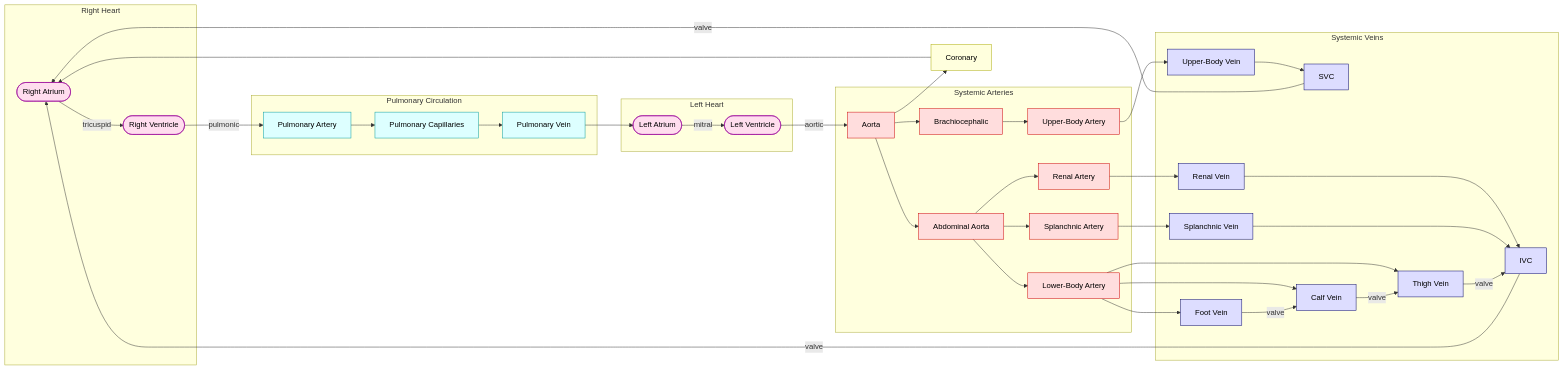
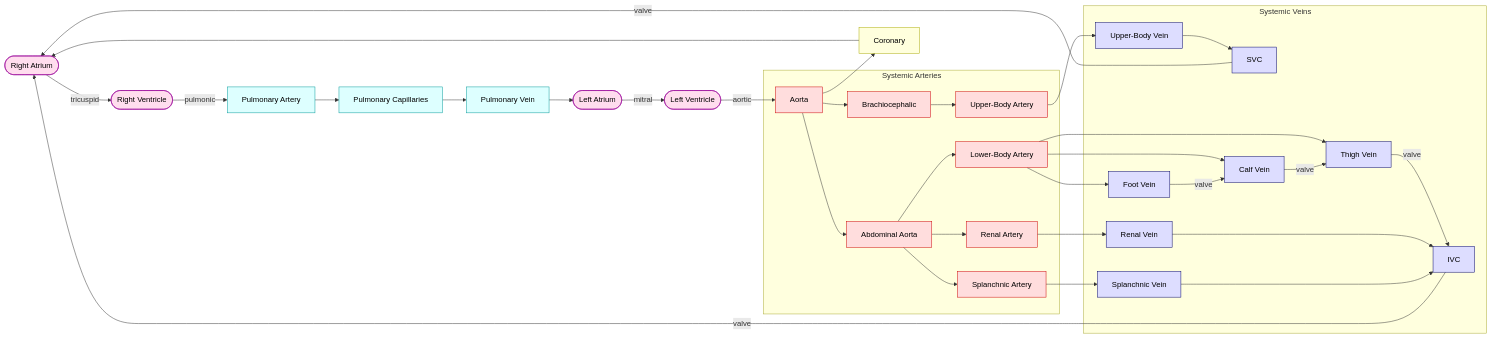
The diagram in README.md (moelgaardjesper/human-cardiovascular-model), drawn with Mermaid before and after one commit. The commit also changed other lines of this file and 1 other file, not shown here.

Commit message:
fix: Sørensen → Sejersen author name; document literature disagreements
Corrects the author name throughout (test function names, docstrings,
README citations, bibliography). Adds a 'Known literature disagreements'
subsection to the Validation Summary explaining the CO/SV baseline gap
(Sejersen vs Lie 2023) and the Trendelenburg ΔCVP gap (structural
Frank-Starling ceiling).

````diff
--- a/README.md
+++ b/README.md
@@ -78,77 +78,73 @@
 ```mermaid
 flowchart LR
-    subgraph RH["Right Heart"]
-        RA([Right Atrium])
-        RV([Right Ventricle])
-    end
-
-    subgraph PUL["Pulmonary Circulation"]
-        PA[Pulmonary Artery]
-        PCAP[Pulmonary Capillaries]
-        PV[Pulmonary Vein]
-    end
-
-    subgraph LH["Left Heart"]
-        LA([Left Atrium])
-        LV([Left Ventricle])
-    end
+    RA([Right Atrium])
+    RV([Right Ventricle])
+    LA([Left Atrium])
+    LV([Left Ventricle])
+    PA[Pulmonary Artery]
+    PCAP[Pulmonary Capillaries]
+    PV[Pulmonary Vein]
+    COR[Coronary]
 
     subgraph ART["Systemic Arteries"]
         AO[Aorta]
         BC[Brachiocephalic]
         UBA[Upper-Body Artery]
         AAO[Abdominal Aorta]
         RAR[Renal Artery]
         SPL[Splanchnic Artery]
         LBA[Lower-Body Artery]
+        AO --> BC --> UBA
+        AO --> AAO
+        AAO --> RAR
+        AAO --> SPL
+        AAO --> LBA
     end
 
     subgraph VEN["Systemic Veins"]
         UBV[Upper-Body Vein]
         SVC[SVC]
         RVN[Renal Vein]
         SPV[Splanchnic Vein]
         FV[Foot Vein]
         CV[Calf Vein]
         TV[Thigh Vein]
         IVC[IVC]
     end
 
-    COR[Coronary]
-
     RA -- tricuspid --> RV
     RV -- pulmonic --> PA
     PA --> PCAP --> PV
     PV --> LA
     LA -- mitral --> LV
     LV -- aortic --> AO
 
-    AO --> BC --> UBA --> UBV --> SVC
-    AO --> AAO
-    AAO --> RAR --> RVN --> IVC
-    AAO --> SPL --> SPV --> IVC
-    AAO --> LBA
+    UBA --> UBV
+    RAR --> RVN
+    SPL --> SPV
     LBA --> TV
     LBA --> CV
     LBA --> FV
     FV -- valve --> CV
     CV -- valve --> TV
     TV -- valve --> IVC
+    RVN --> IVC
+    SPV --> IVC
+    UBV --> SVC
 
     SVC -- valve --> RA
     IVC -- valve --> RA
-
     AO --> COR --> RA
 
     classDef art fill:#fdd,stroke:#c00,color:#000
     classDef vein fill:#ddf,stroke:#006,color:#000
     classDef heart fill:#fde,stroke:#909,color:#000
     classDef lung fill:#dff,stroke:#099,color:#000
     classDef cor fill:#ffd,stroke:#aa0,color:#000
 
     class AO,BC,UBA,AAO,RAR,SPL,LBA art
     class UBV,SVC,RVN,SPV,FV,CV,TV,IVC vein
     class RA,RV,LA,LV heart
     class PA,PCAP,PV lung
     class COR cor
 ```
````
